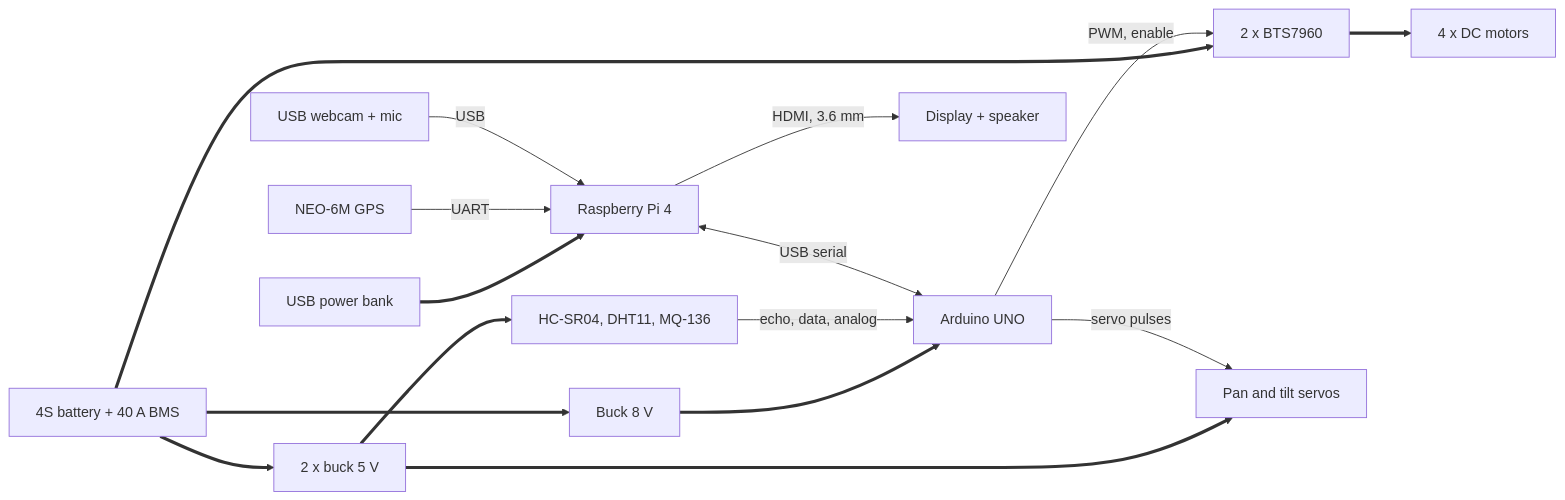
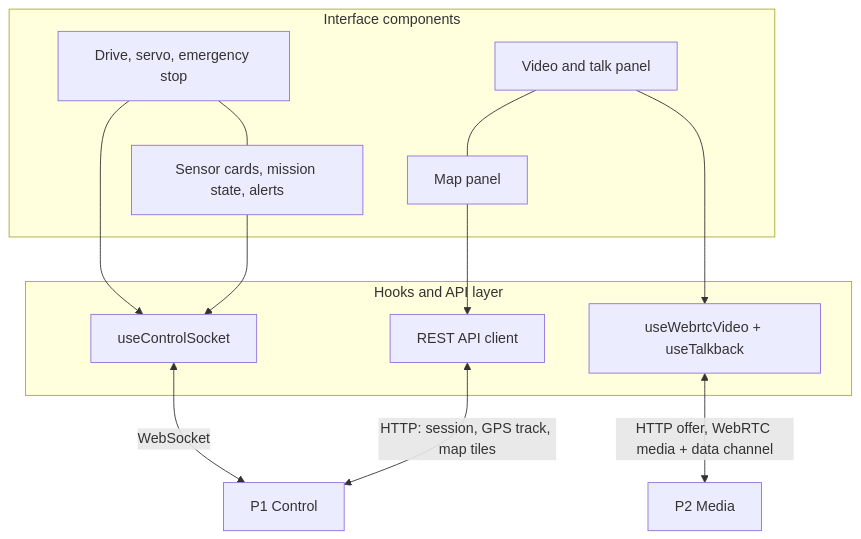
Before and after one commit to baiust999/robort-code-from-pi: the seventh of 20 diagrams in research paper/section3_methodology.md, drawn with Mermaid. The commit also changed other lines of this file and 2 other files, not shown here.

First line of the commit message:
Add Software Architecture section to methodology

````diff
--- a/research paper/section3_methodology.md
+++ b/research paper/section3_methodology.md
@@ -116,15 +305,19 @@
 ```mermaid
-flowchart LR
-  BAT["4S battery + 40 A BMS"] ==> DRV["2 x BTS7960"] ==> MOT["4 x DC motors"]
-  BAT ==> B5["2 x buck 5 V"] ==> SV["Pan and tilt servos"]
-  B5 ==> SEN["HC-SR04, DHT11, MQ-136"]
-  BAT ==> B8["Buck 8 V"] ==> UNO["Arduino UNO"]
-  PB["USB power bank"] ==> PI["Raspberry Pi 4"]
-  UNO -- "PWM, enable" --> DRV
-  UNO -- "servo pulses" --> SV
-  SEN -- "echo, data, analog" --> UNO
-  PI <-- "USB serial" --> UNO
-  GPS["NEO-6M GPS"] -- "UART" --> PI
-  CAM["USB webcam + mic"] -- "USB" --> PI
-  PI -- "HDMI, 3.6 mm" --> SCR["Display + speaker"]
+flowchart TB
+  subgraph UI["Interface components"]
+    DC["Drive, servo, emergency stop"] --- SC["Sensor cards, mission state, alerts"]
+    VS["Video and talk panel"] --- MP["Map panel"]
+  end
+  subgraph HK["Hooks and API layer"]
+    CS["useControlSocket"]
+    WV["useWebrtcVideo + useTalkback"]
+    API["REST API client"]
+  end
+  DC --> CS
+  SC --> CS
+  VS --> WV
+  MP --> API
+  CS <-- "WebSocket" --> P1["P1 Control"]
+  API <-- "HTTP: session, GPS track, map tiles" --> P1
+  WV <-- "HTTP offer, WebRTC media + data channel" --> P2["P2 Media"]
 ```
````
